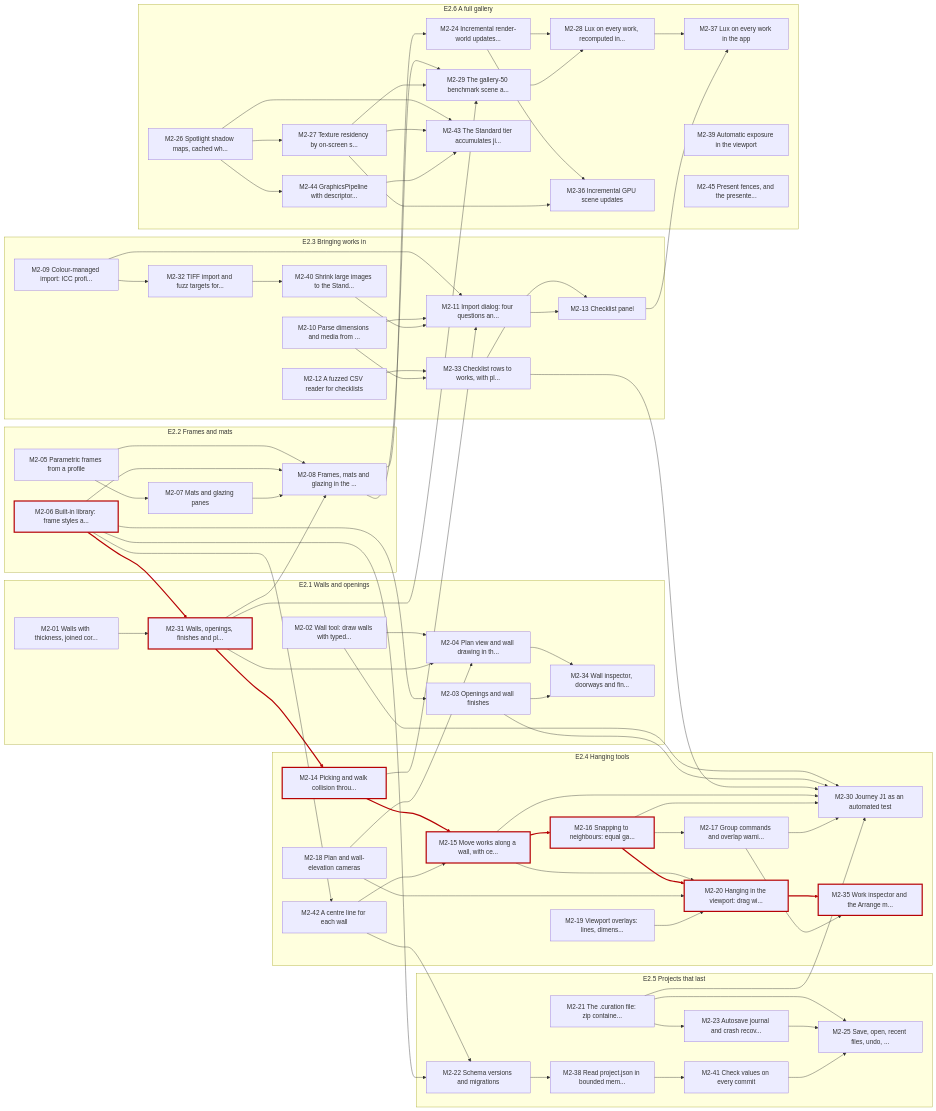
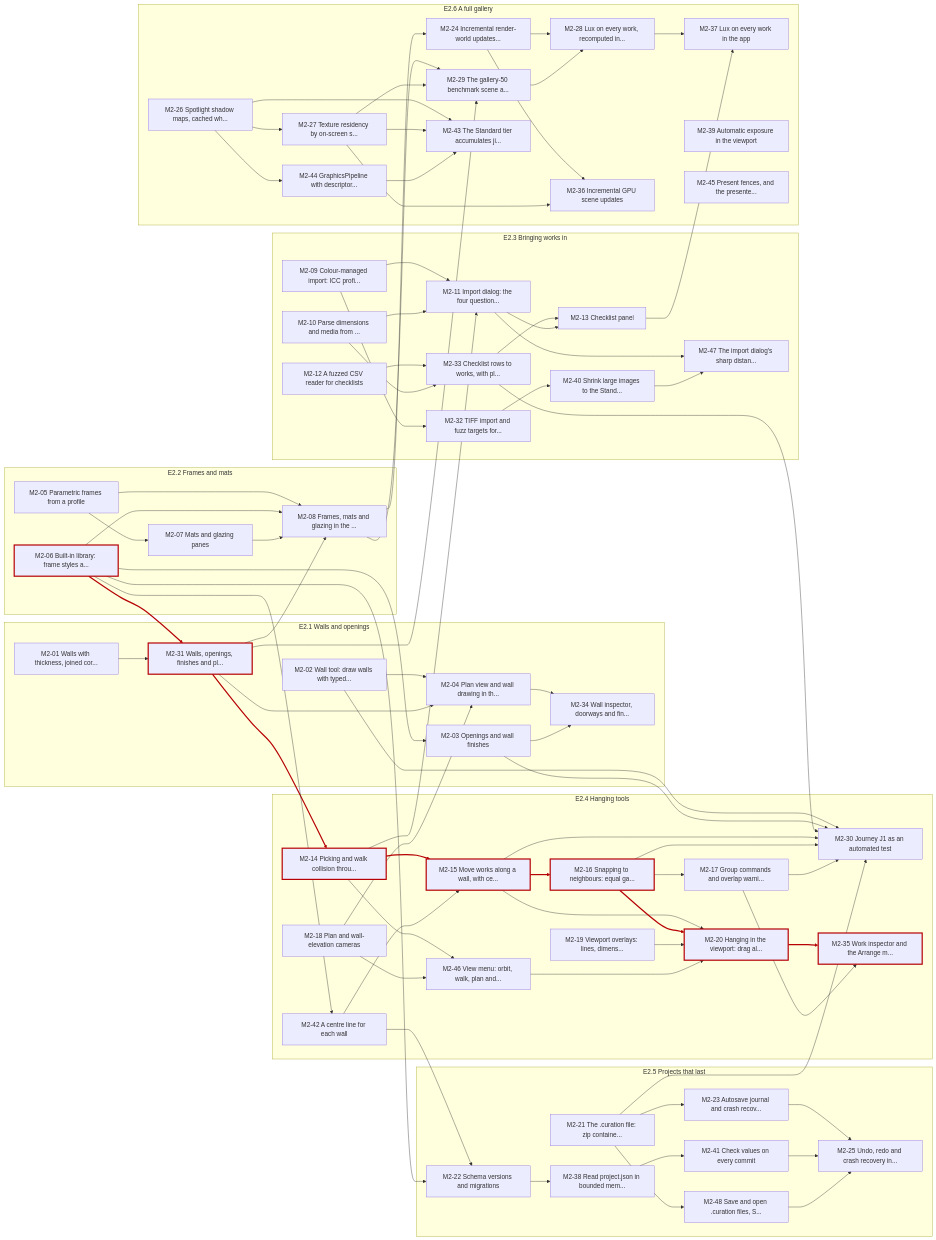
Before and after one commit to groundbeeflover/curation_sandbox: the third of 3 diagrams in docs/roadmap.md, drawn with Mermaid. The commit also changed other lines of this file and 2 other files, not shown here.

````diff
--- a/docs/roadmap.md
+++ b/docs/roadmap.md
@@ -496,12 +510,13 @@
   subgraph E2_3["E2.3 Bringing works in"]
     M2_09["M2-09 Colour-managed import: ICC profi..."]
     M2_10["M2-10 Parse dimensions and media from ..."]
-    M2_11["M2-11 Import dialog: four questions an..."]
+    M2_11["M2-11 Import dialog: the four question..."]
     M2_12["M2-12 A fuzzed CSV reader for checklists"]
     M2_13["M2-13 Checklist panel"]
     M2_32["M2-32 TIFF import and fuzz targets for..."]
     M2_33["M2-33 Checklist rows to works, with pl..."]
     M2_40["M2-40 Shrink large images to the Stand..."]
+    M2_47["M2-47 The import dialog's sharp distan..."]
   end
   subgraph E2_4["E2.4 Hanging tools"]
     M2_14["M2-14 Picking and walk collision throu..."]
@@ -510,18 +525,20 @@
     M2_17["M2-17 Group commands and overlap warni..."]
     M2_18["M2-18 Plan and wall-elevation cameras"]
     M2_19["M2-19 Viewport overlays: lines, dimens..."]
-    M2_20["M2-20 Hanging in the viewport: drag wi..."]
+    M2_20["M2-20 Hanging in the viewport: drag al..."]
     M2_30["M2-30 Journey J1 as an automated test"]
     M2_35["M2-35 Work inspector and the Arrange m..."]
     M2_42["M2-42 A centre line for each wall"]
+    M2_46["M2-46 View menu: orbit, walk, plan and..."]
   end
   subgraph E2_5["E2.5 Projects that last"]
     M2_21["M2-21 The .curation file: zip containe..."]
     M2_22["M2-22 Schema versions and migrations"]
     M2_23["M2-23 Autosave journal and crash recov..."]
-    M2_25["M2-25 Save, open, recent files, undo, ..."]
+    M2_25["M2-25 Undo, redo and crash recovery in..."]
     M2_38["M2-38 Read project.json in bounded mem..."]
     M2_41["M2-41 Check values on every commit"]
+    M2_48["M2-48 Save and open .curation files, S..."]
   end
   subgraph E2_6["E2.6 A full gallery"]
     M2_24["M2-24 Incremental render-world updates..."]
@@ -548,7 +565,6 @@
   M2_09 --> M2_11
   M2_10 --> M2_11
   M2_14 --> M2_11
-  M2_40 --> M2_11
   M2_33 --> M2_13
   M2_11 --> M2_13
   M2_31 --> M2_14
@@ -558,15 +574,15 @@
   M2_16 --> M2_17
   M2_15 --> M2_20
   M2_16 --> M2_20
-  M2_18 --> M2_20
   M2_19 --> M2_20
+  M2_46 --> M2_20
   M2_06 --> M2_22
   M2_42 --> M2_22
   M2_21 --> M2_23
   M2_08 --> M2_24
-  M2_21 --> M2_25
   M2_23 --> M2_25
   M2_41 --> M2_25
+  M2_48 --> M2_25
   M2_26 --> M2_27
   M2_24 --> M2_28
   M2_29 --> M2_28
@@ -601,7 +617,12 @@
   M2_27 --> M2_43
   M2_44 --> M2_43
   M2_26 --> M2_44
+  M2_14 --> M2_46
+  M2_18 --> M2_46
+  M2_11 --> M2_47
+  M2_40 --> M2_47
+  M2_21 --> M2_48
   classDef crit stroke:#b60205,stroke-width:3px
   class M2_06,M2_31,M2_14,M2_15,M2_16,M2_20,M2_35 crit
-  linkStyle 15,16,18,21,45,51 stroke:#b60205,stroke-width:3px
+  linkStyle 14,15,17,20,44,50 stroke:#b60205,stroke-width:3px
 ```
````
